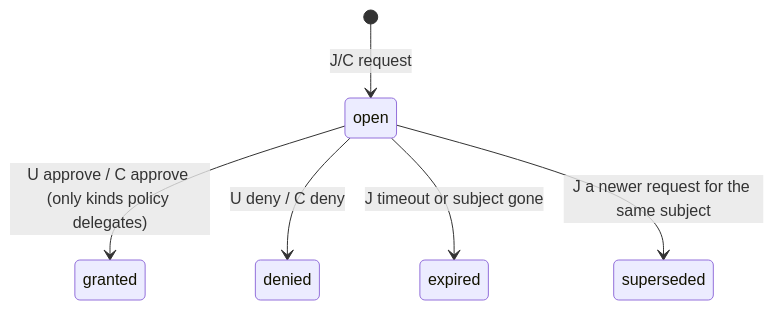
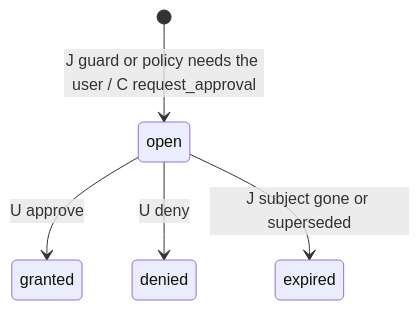
Before and after one commit to adirz101/Journal: the fifth of 7 diagrams in docs/AGENT-ORCHESTRATION.md, drawn with Mermaid. The commit also changed other lines of this file, not shown here.

````diff
--- a/docs/AGENT-ORCHESTRATION.md
+++ b/docs/AGENT-ORCHESTRATION.md
@@ -285,8 +411,7 @@
 ```mermaid
 stateDiagram-v2
-  [*] --> open: J/C request
-  open --> granted: U approve / C approve (only kinds policy delegates)
-  open --> denied: U deny / C deny
-  open --> expired: J timeout or subject gone
-  open --> superseded: J a newer request for the same subject
+  [*] --> open: J guard or policy needs the user / C request_approval
+  open --> granted: U approve
+  open --> denied: U deny
+  open --> expired: J subject gone or superseded
 ```
````
